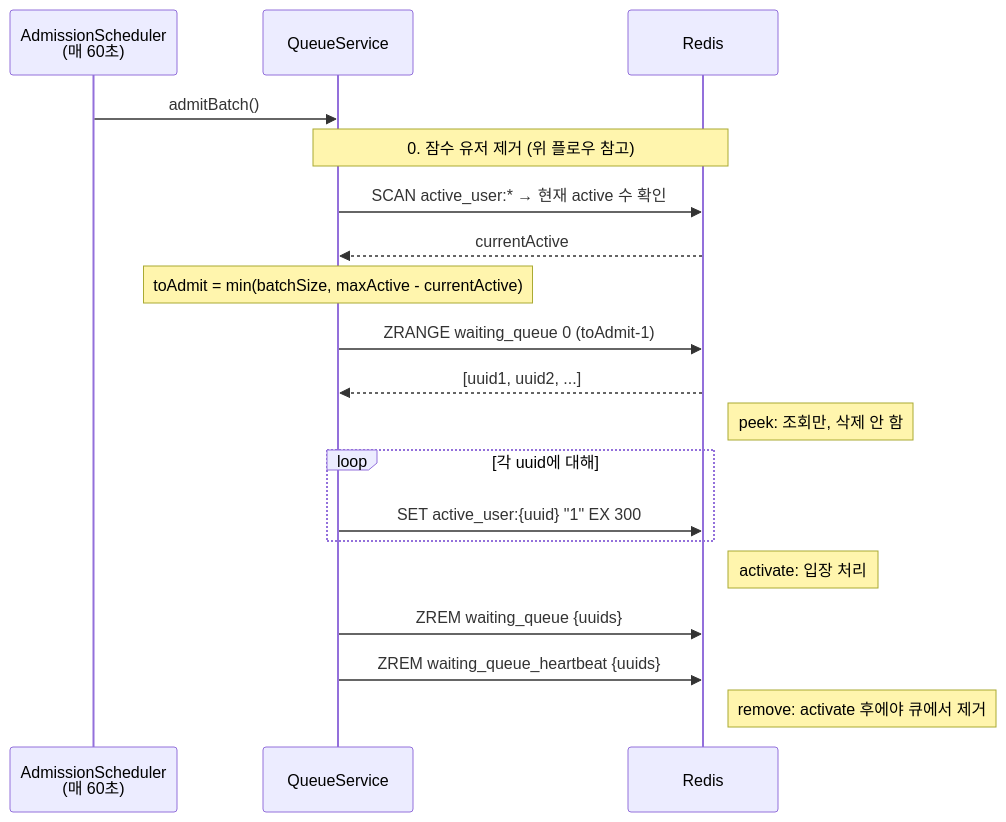
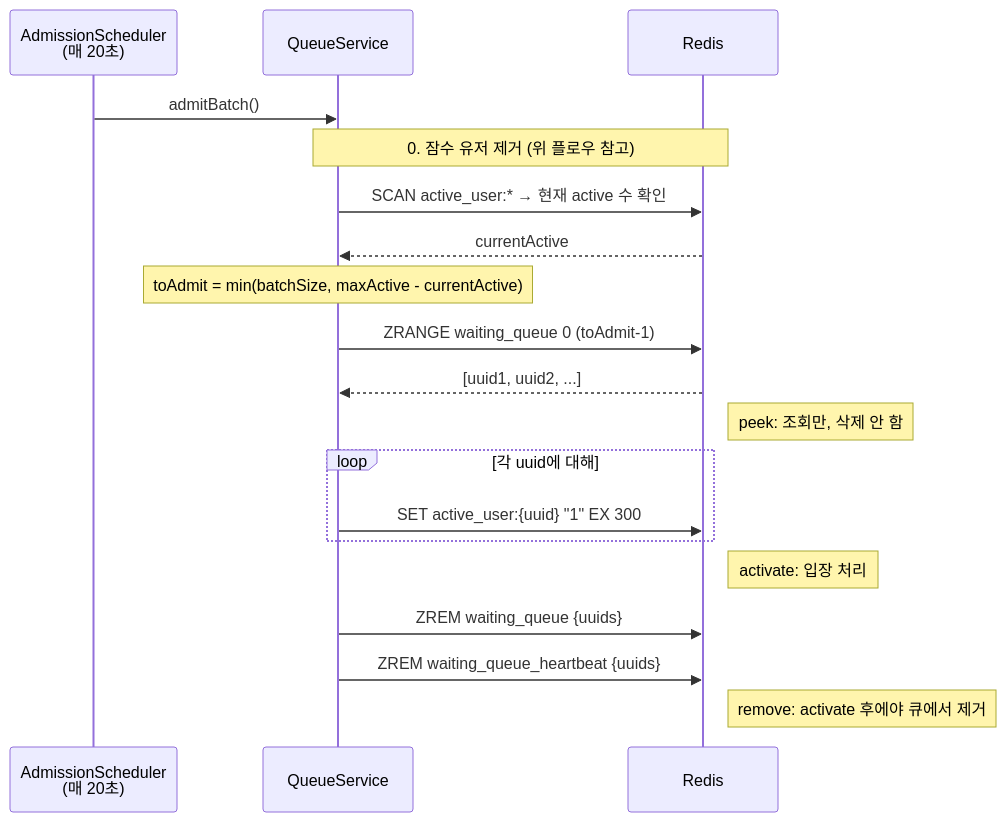
Before and after one commit to irnd04/zticket: the fifth of 8 diagrams in README.md, drawn with Mermaid. The commit also changed other lines of this file and 3 other files, not shown here.

````diff
--- a/README.md
+++ b/README.md
@@ -138,28 +138,28 @@
 ```mermaid
 sequenceDiagram
-    participant S as AdmissionScheduler<br/>(매 60초)
+    participant S as AdmissionScheduler<br/>(매 20초)
     participant Q as QueueService
     participant R as Redis
 
     S->>Q: admitBatch()
 
     Note over Q,R: 0. 잠수 유저 제거 (위 플로우 참고)
 
     Q->>R: SCAN active_user:* → 현재 active 수 확인
     R-->>Q: currentActive
 
     Note over Q: toAdmit = min(batchSize, maxActive - currentActive)
 
     Q->>R: ZRANGE waiting_queue 0 (toAdmit-1)
     R-->>Q: [uuid1, uuid2, ...]
     Note right of R: peek: 조회만, 삭제 안 함
 
     loop 각 uuid에 대해
         Q->>R: SET active_user:{uuid} "1" EX 300
     end
     Note right of R: activate: 입장 처리
 
     Q->>R: ZREM waiting_queue {uuids}
     Q->>R: ZREM waiting_queue_heartbeat {uuids}
     Note right of R: remove: activate 후에야 큐에서 제거
 ```
````
